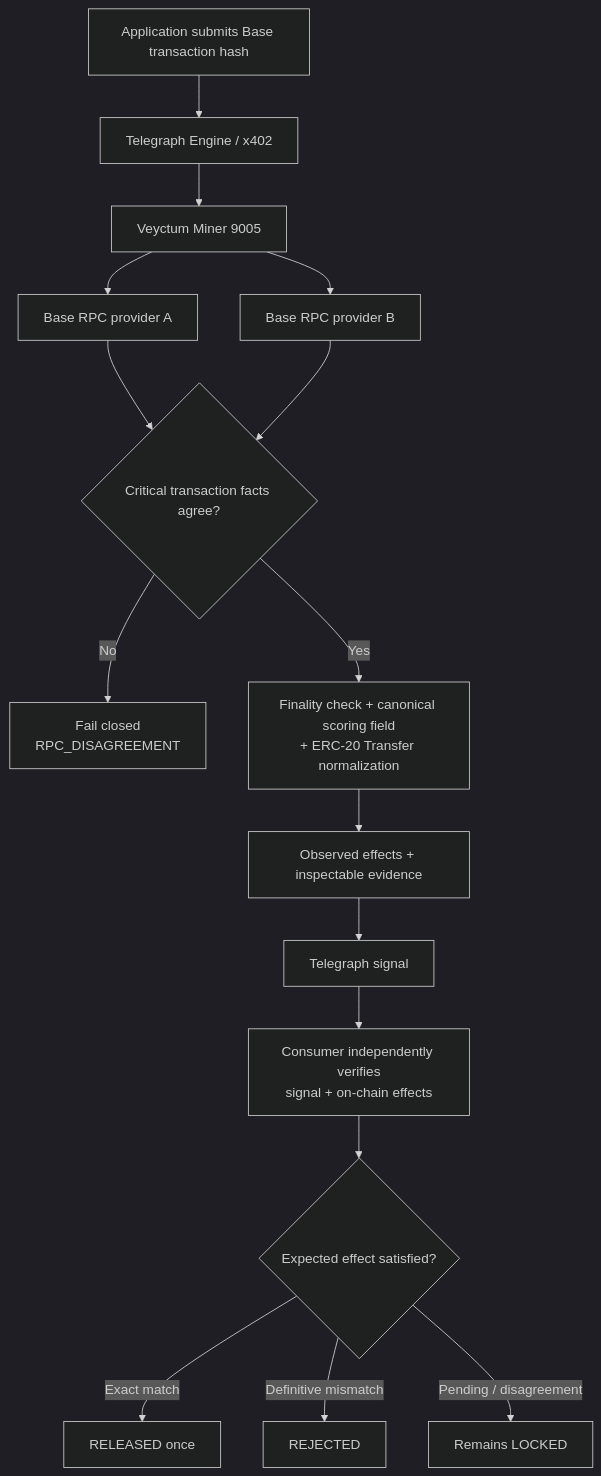
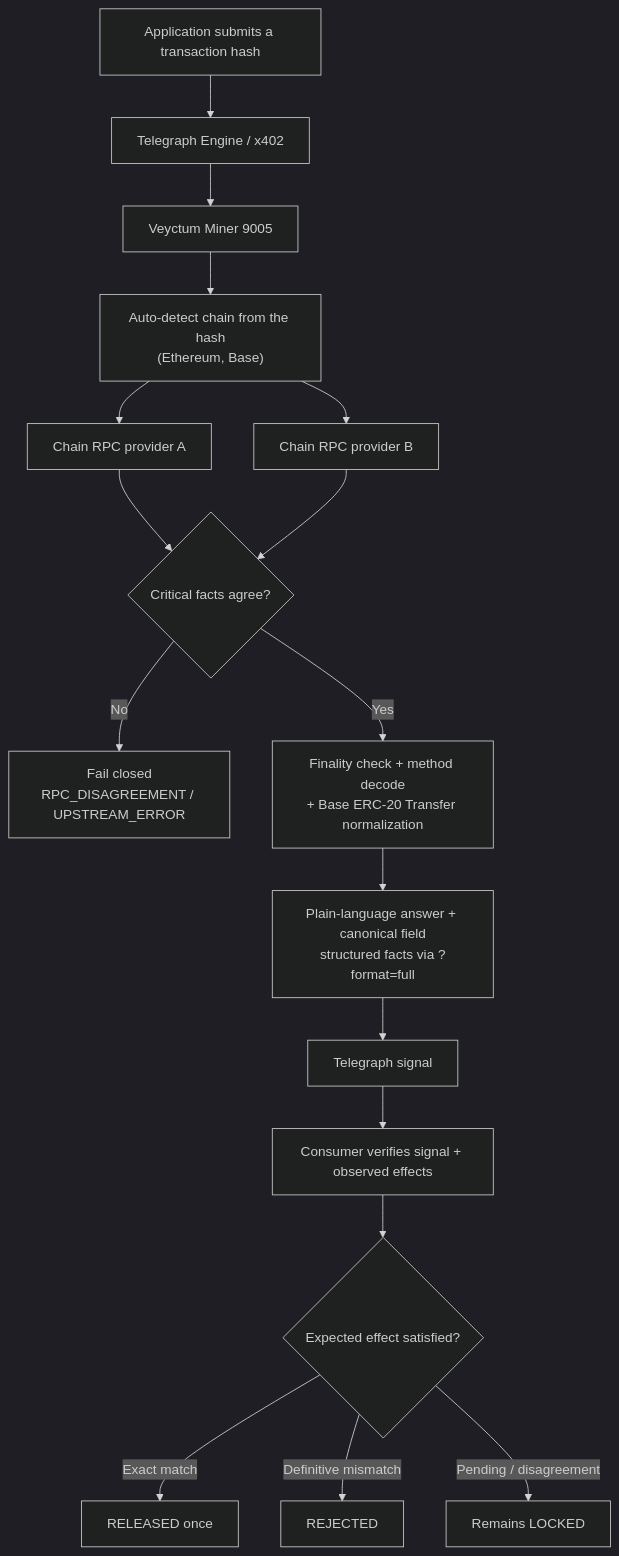
One commit to mystiquemide/veyctum changed the diagram in README.md. Above: the diagram before and after it, drawn with Mermaid (dark theme). The commit also changed other lines of this file, not shown here.

First line of the commit message:
Update README for the deployed multi-chain answer-first miner

````diff
--- a/README.md
+++ b/README.md
@@ -37,22 +29,23 @@
 ```mermaid
 flowchart TD
-    A["Application submits Base transaction hash"] --> B["Telegraph Engine / x402"]
+    A["Application submits a transaction hash"] --> B["Telegraph Engine / x402"]
     B --> C["Veyctum Miner 9005"]
 
-    C --> D1["Base RPC provider A"]
-    C --> D2["Base RPC provider B"]
-    D1 --> E{"Critical transaction facts agree?"}
-    D2 --> E
+    C --> D["Auto-detect chain from the hash<br/>(Ethereum, Base)"]
+    D --> E1["Chain RPC provider A"]
+    D --> E2["Chain RPC provider B"]
+    E1 --> F{"Critical facts agree?"}
+    E2 --> F
 
-    E -- "No" --> X["Fail closed<br/>RPC_DISAGREEMENT"]
-    E -- "Yes" --> F["Finality check + canonical scoring field<br/>+ ERC-20 Transfer normalization"]
+    F -- "No" --> X["Fail closed<br/>RPC_DISAGREEMENT / UPSTREAM_ERROR"]
+    F -- "Yes" --> G["Finality check + method decode<br/>+ Base ERC-20 Transfer normalization"]
 
-    F --> G["Observed effects + inspectable evidence"]
-    G --> H["Telegraph signal"]
-    H --> I["Consumer independently verifies<br/>signal + on-chain effects"]
+    G --> H["Plain-language answer + canonical field<br/>structured facts via ?format=full"]
+    H --> I["Telegraph signal"]
+    I --> J["Consumer verifies signal + observed effects"]
 
-    I --> J{"Expected effect satisfied?"}
-    J -- "Exact match" --> K["RELEASED once"]
-    J -- "Definitive mismatch" --> L["REJECTED"]
-    J -- "Pending / disagreement" --> M["Remains LOCKED"]
+    J --> K{"Expected effect satisfied?"}
+    K -- "Exact match" --> L["RELEASED once"]
+    K -- "Definitive mismatch" --> M["REJECTED"]
+    K -- "Pending / disagreement" --> N["Remains LOCKED"]
 ```
````
